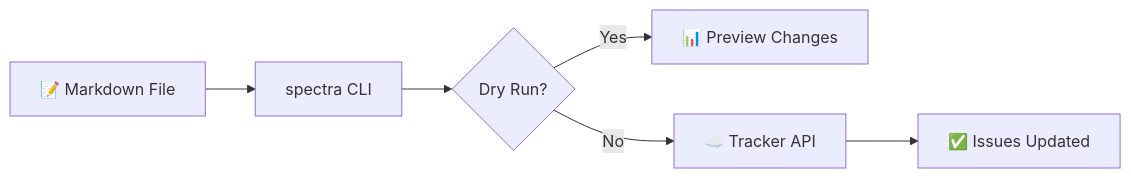
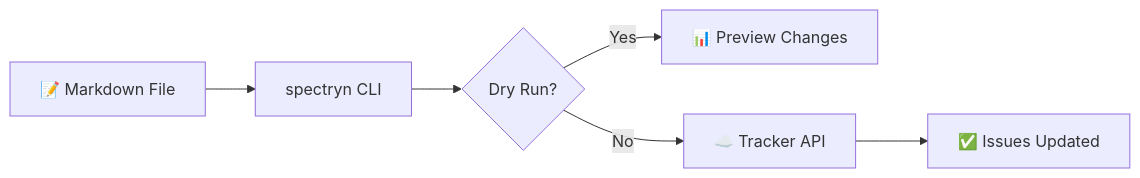
Before and after one commit to adriandarian/spectryn: the diagram in docs/guide/getting-started.md, drawn with Mermaid. The commit also changed other lines of this file and 952 other files, not shown here.

````diff
--- a/docs/guide/getting-started.md
+++ b/docs/guide/getting-started.md
@@ -51,8 +51,8 @@
 ```mermaid
 graph LR
-    A[📝 Markdown File] --> B[spectra CLI]
+    A[📝 Markdown File] --> B[spectryn CLI]
     B --> C{Dry Run?}
     C -->|Yes| D[📊 Preview Changes]
     C -->|No| E[☁️ Tracker API]
     E --> F[✅ Issues Updated]
 ```
````
